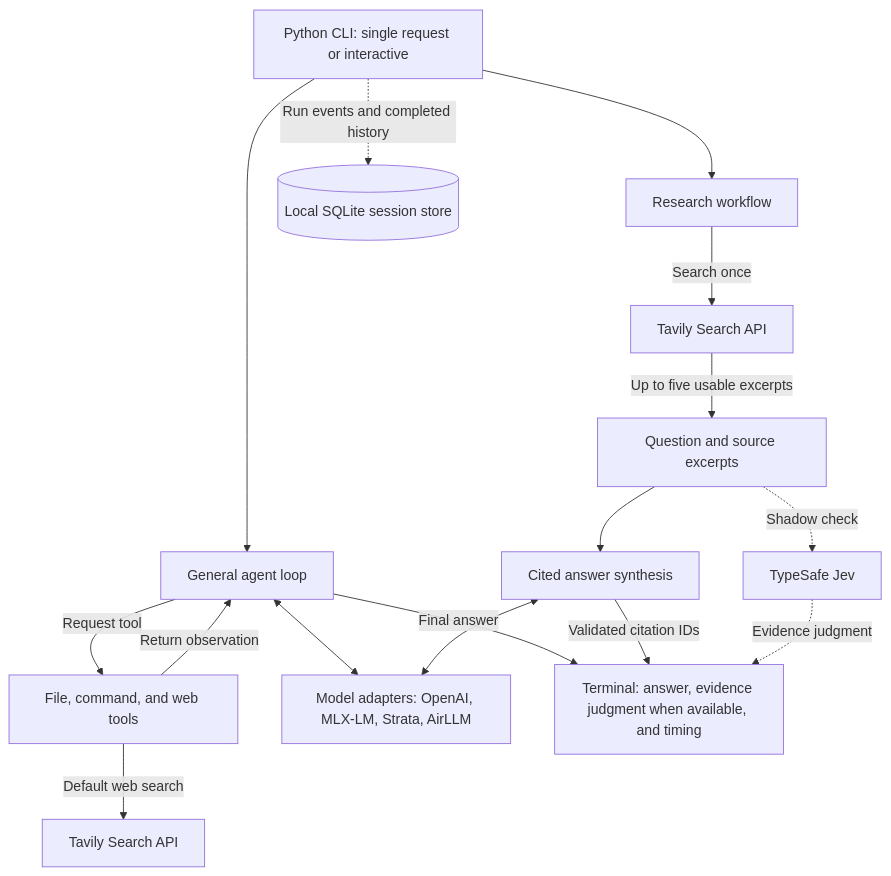
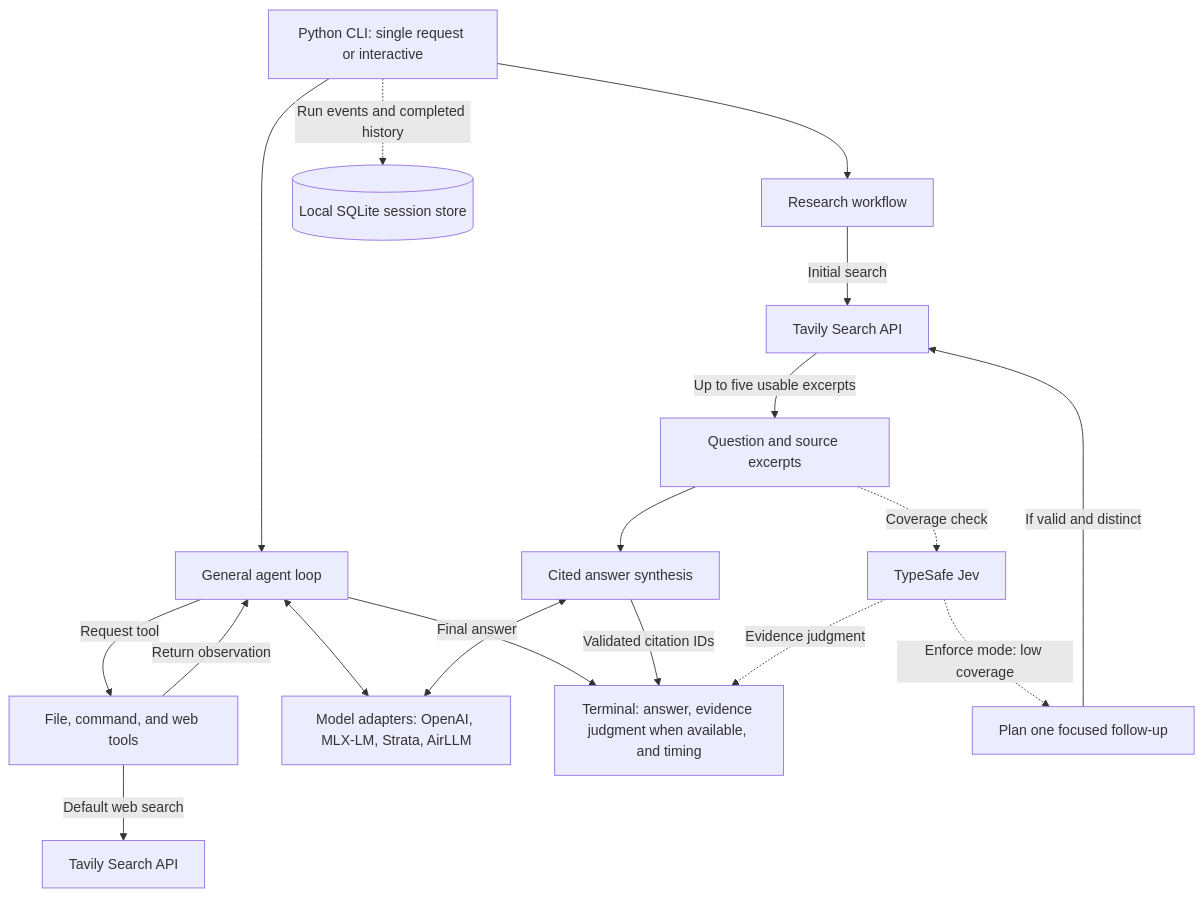
The diagram in README.md (gordon-pusnik/inquiry-loop), drawn with Mermaid before and after one commit. The commit also changed other lines of this file and 4 other files, not shown here.

Commit message:
Implement opt-in Jev evidence enforcement

````diff
--- a/README.md
+++ b/README.md
@@ -25,22 +25,24 @@
 ```mermaid
 flowchart TD
     CLI["Python CLI: single request or interactive"]
     CLI --> Agent["General agent loop"]
     CLI --> Research["Research workflow"]
 
     Agent -->|Request tool| Tools["File, command, and web tools"]
     Tools -->|Return observation| Agent
     Tools -->|Default web search| Web["Tavily Search API"]
     Agent <--> Models["Model adapters: OpenAI, MLX-LM, Strata, AirLLM"]
     Agent -->|Final answer| Output["Terminal: answer, evidence judgment when available, and timing"]
 
-    Research -->|Search once| Tavily["Tavily Search API"]
+    Research -->|Initial search| Tavily["Tavily Search API"]
     Tavily -->|Up to five usable excerpts| Evidence["Question and source excerpts"]
     Evidence --> Synthesis["Cited answer synthesis"]
     Synthesis <--> Models
     Synthesis -->|Validated citation IDs| Output
-    Evidence -.->|Shadow check| Jev["TypeSafe Jev"]
+    Evidence -.->|Coverage check| Jev["TypeSafe Jev"]
     Jev -.->|Evidence judgment| Output
+    Jev -.->|Enforce mode: low coverage| Followup["Plan one focused follow-up"]
+    Followup -->|If valid and distinct| Tavily
 
     CLI -.->|Run events and completed history| SQLite[("Local SQLite session store")]
 ```
````
